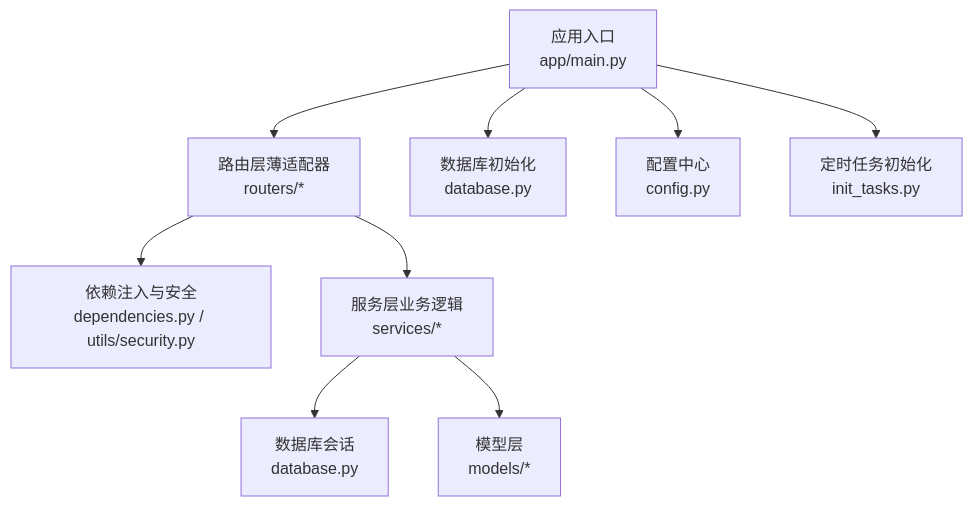
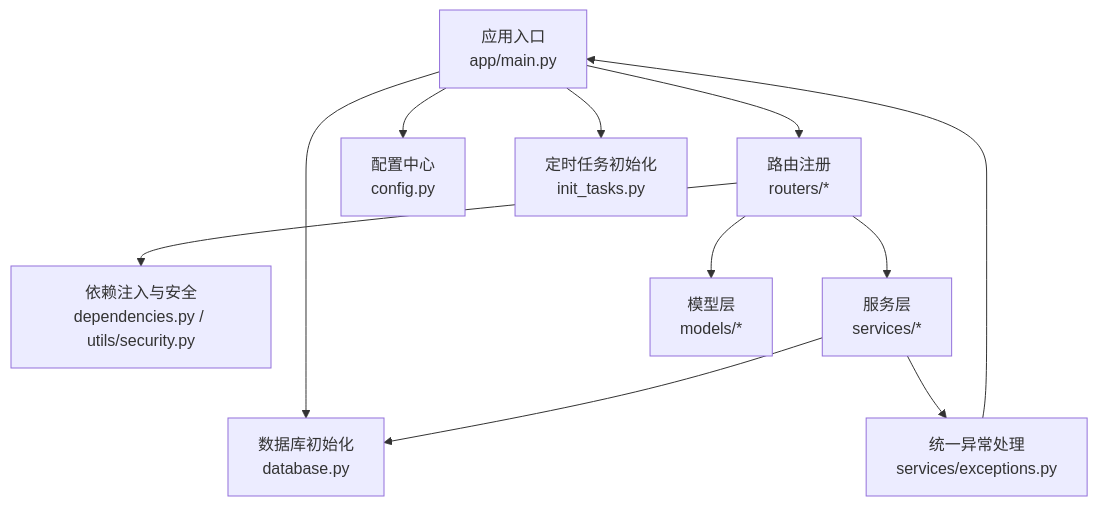
The first of 10 diagrams in .qoder/repowiki/zh/content/系统架构/后端架构.md (gujialind/InvestRing), drawn with Mermaid before and after one commit. The commit also changed other lines of this file and 65 other files, not shown here.

````diff
--- a/.qoder/repowiki/zh/content/系统架构/后端架构.md
+++ b/.qoder/repowiki/zh/content/系统架构/后端架构.md
@@ -69,11 +70,13 @@
 ```mermaid
 graph TB
-A["应用入口<br/>app/main.py"] --> B["路由层薄适配器<br/>routers/*"]
+A["应用入口<br/>app/main.py"] --> B["路由注册<br/>routers/*"]
 A --> C["数据库初始化<br/>database.py"]
 A --> D["配置中心<br/>config.py"]
 B --> E["依赖注入与安全<br/>dependencies.py / utils/security.py"]
-B --> F["服务层业务逻辑<br/>services/*"]
-F --> G["数据库会话<br/>database.py"]
-F --> H["模型层<br/>models/*"]
-A --> I["定时任务初始化<br/>init_tasks.py"]
+B --> F["服务层<br/>services/*"]
+F --> C
+B --> G["模型层<br/>models/*"]
+A --> H["定时任务初始化<br/>init_tasks.py"]
+F --> I["统一异常处理<br/>services/exceptions.py"]
+I --> A
 ```
````
